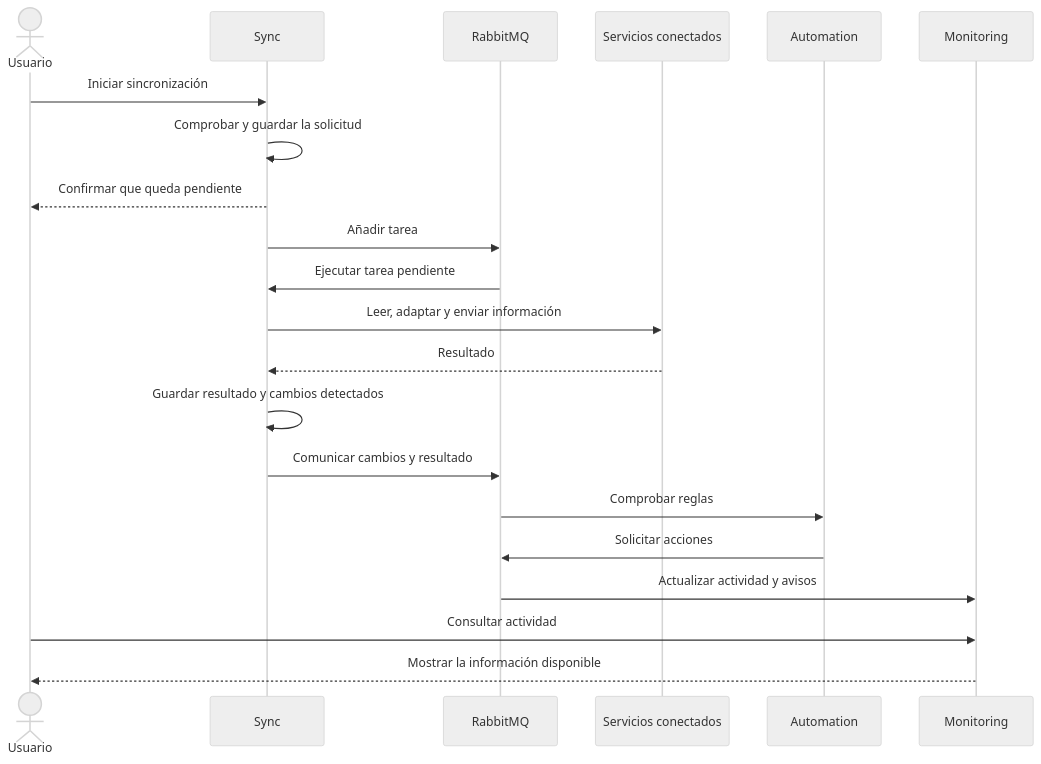
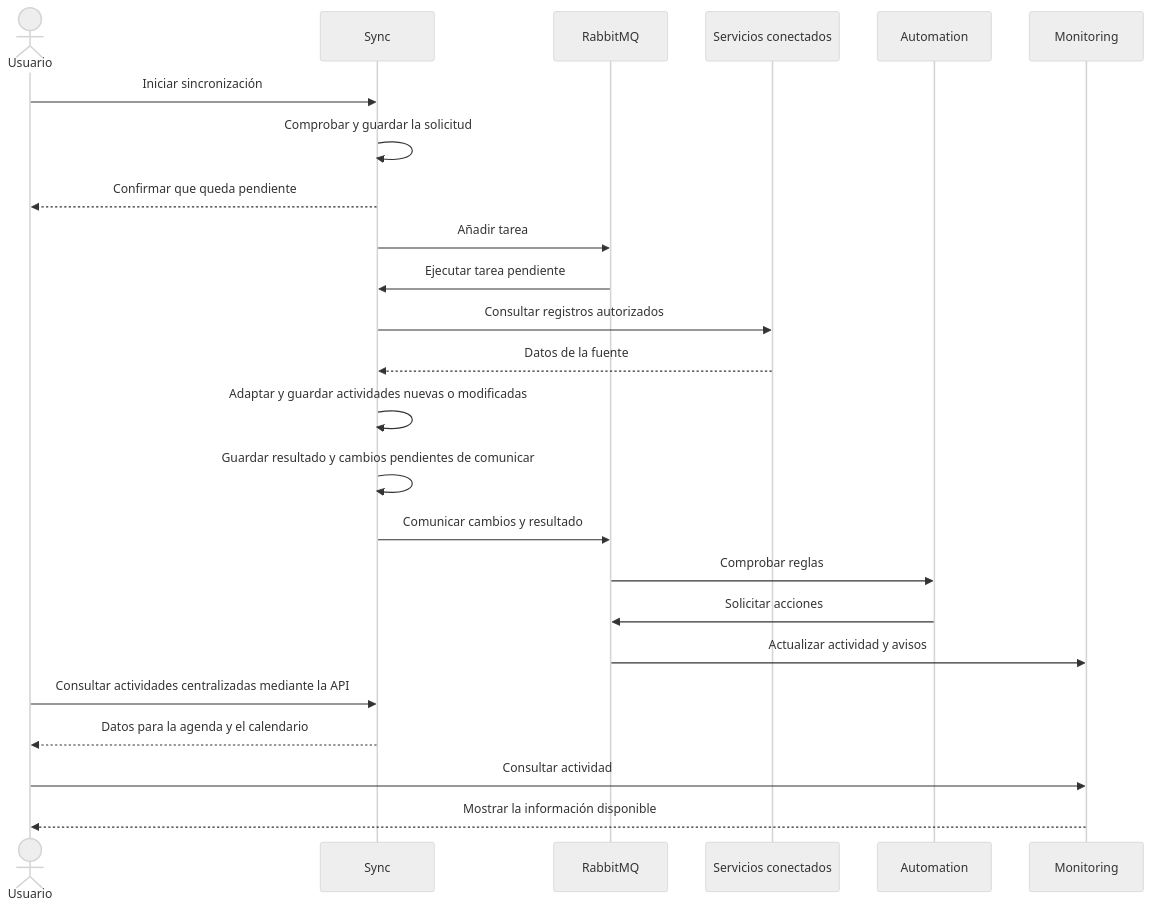
Before and after one commit to jotace-18/Synkron: the third of 3 diagrams in README.md, drawn with Mermaid (neutral theme). The commit also changed other lines of this file and 7 other files, not shown here.

````diff
--- a/README.md
+++ b/README.md
@@ -57,23 +82,26 @@
 ```mermaid
 sequenceDiagram
     actor U as Usuario
     participant S as Sync
     participant Q as RabbitMQ
     participant X as Servicios conectados
     participant A as Automation
     participant M as Monitoring
     U->>S: Iniciar sincronización
     S->>S: Comprobar y guardar la solicitud
     S-->>U: Confirmar que queda pendiente
     S->>Q: Añadir tarea
     Q->>S: Ejecutar tarea pendiente
-    S->>X: Leer, adaptar y enviar información
-    X-->>S: Resultado
-    S->>S: Guardar resultado y cambios detectados
+    S->>X: Consultar registros autorizados
+    X-->>S: Datos de la fuente
+    S->>S: Adaptar y guardar actividades nuevas o modificadas
+    S->>S: Guardar resultado y cambios pendientes de comunicar
     S->>Q: Comunicar cambios y resultado
     Q->>A: Comprobar reglas
     A->>Q: Solicitar acciones
     Q->>M: Actualizar actividad y avisos
+    U->>S: Consultar actividades centralizadas mediante la API
+    S-->>U: Datos para la agenda y el calendario
     U->>M: Consultar actividad
     M-->>U: Mostrar la información disponible
 ```
````
